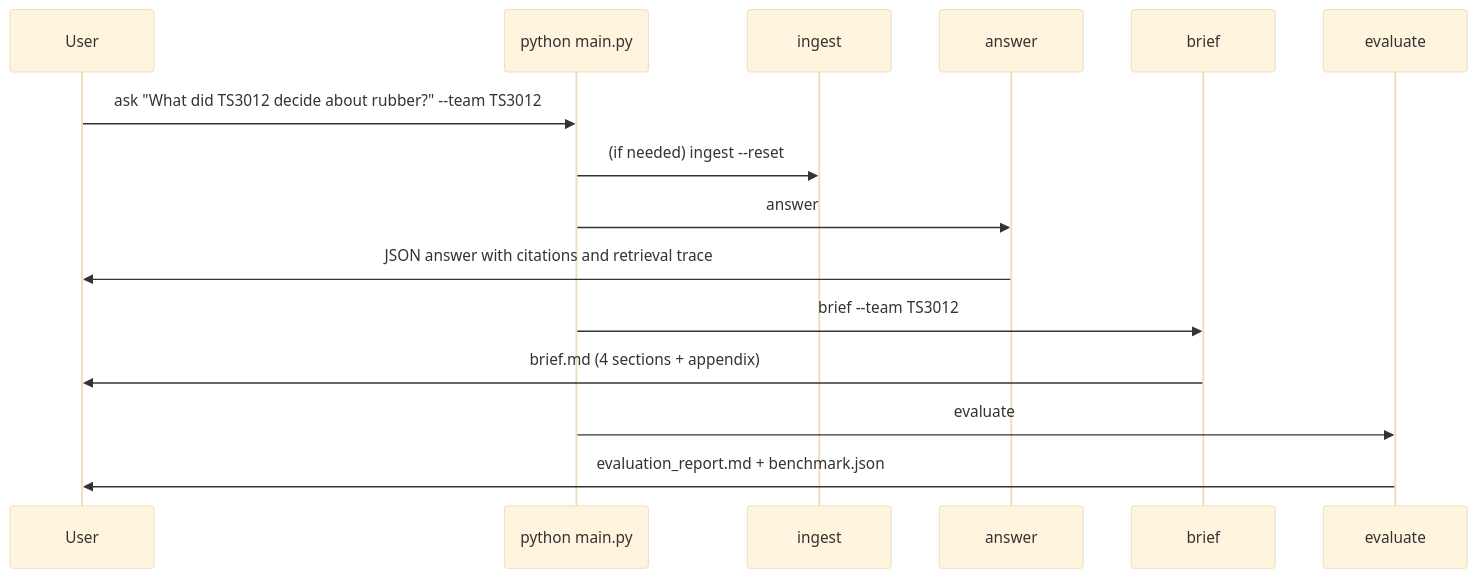
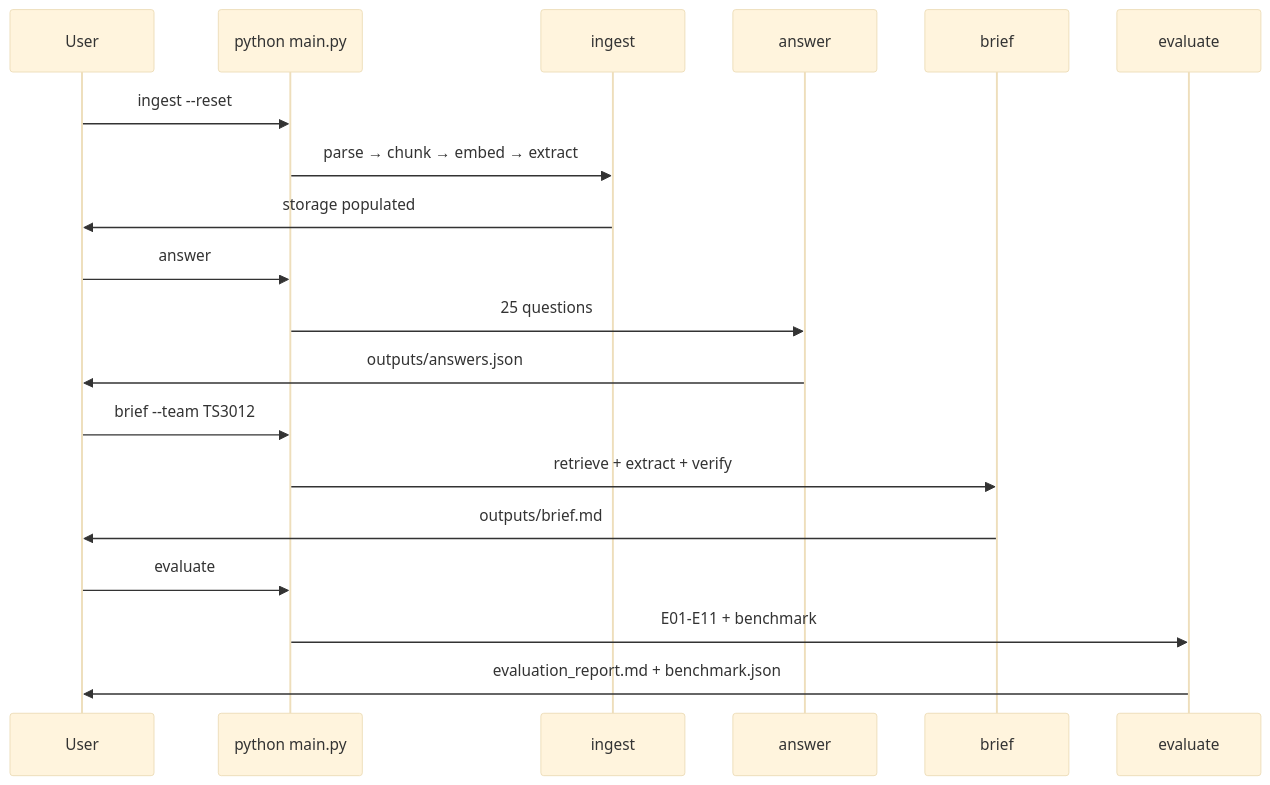
The fifth of 5 diagrams in README.md (mzainulabideendev/meeting-memory-agent), drawn with Mermaid (base theme) before and after one commit. The commit also changed other lines of this file and 1 other file, not shown here.

Commit message:
Add SVG banner and detailed README with architecture/flow diagrams

````diff
--- a/README.md
+++ b/README.md
@@ -62,18 +140,25 @@
 ```mermaid
 sequenceDiagram
     participant User
     participant CLI as python main.py
     participant Ingest as ingest
     participant Answer as answer
     participant Brief as brief
     participant Eval as evaluate
 
-    User->>CLI: ask "What did TS3012 decide about rubber?" --team TS3012
-    CLI->>Ingest: (if needed) ingest --reset
-    CLI->>Answer: answer
-    Answer->>User: JSON answer with citations and retrieval trace
-    CLI->>Brief: brief --team TS3012
-    Brief->>User: brief.md (4 sections + appendix)
-    CLI->>Eval: evaluate
+    User->>CLI: ingest --reset
+    CLI->>Ingest: parse → chunk → embed → extract
+    Ingest->>User: storage populated
+
+    User->>CLI: answer
+    CLI->>Answer: 25 questions
+    Answer->>User: outputs/answers.json
+
+    User->>CLI: brief --team TS3012
+    CLI->>Brief: retrieve + extract + verify
+    Brief->>User: outputs/brief.md
+
+    User->>CLI: evaluate
+    CLI->>Eval: E01‑E11 + benchmark
     Eval->>User: evaluation_report.md + benchmark.json
 ```
````
